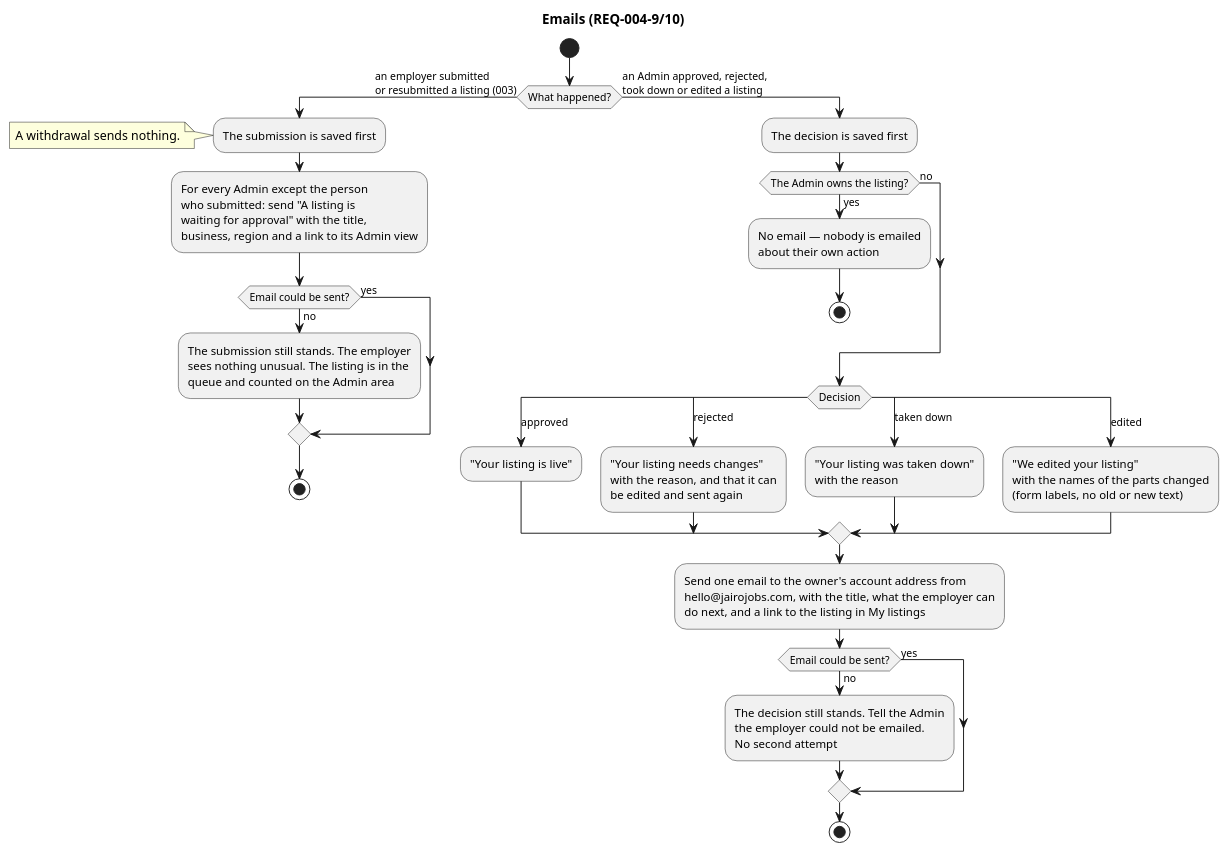
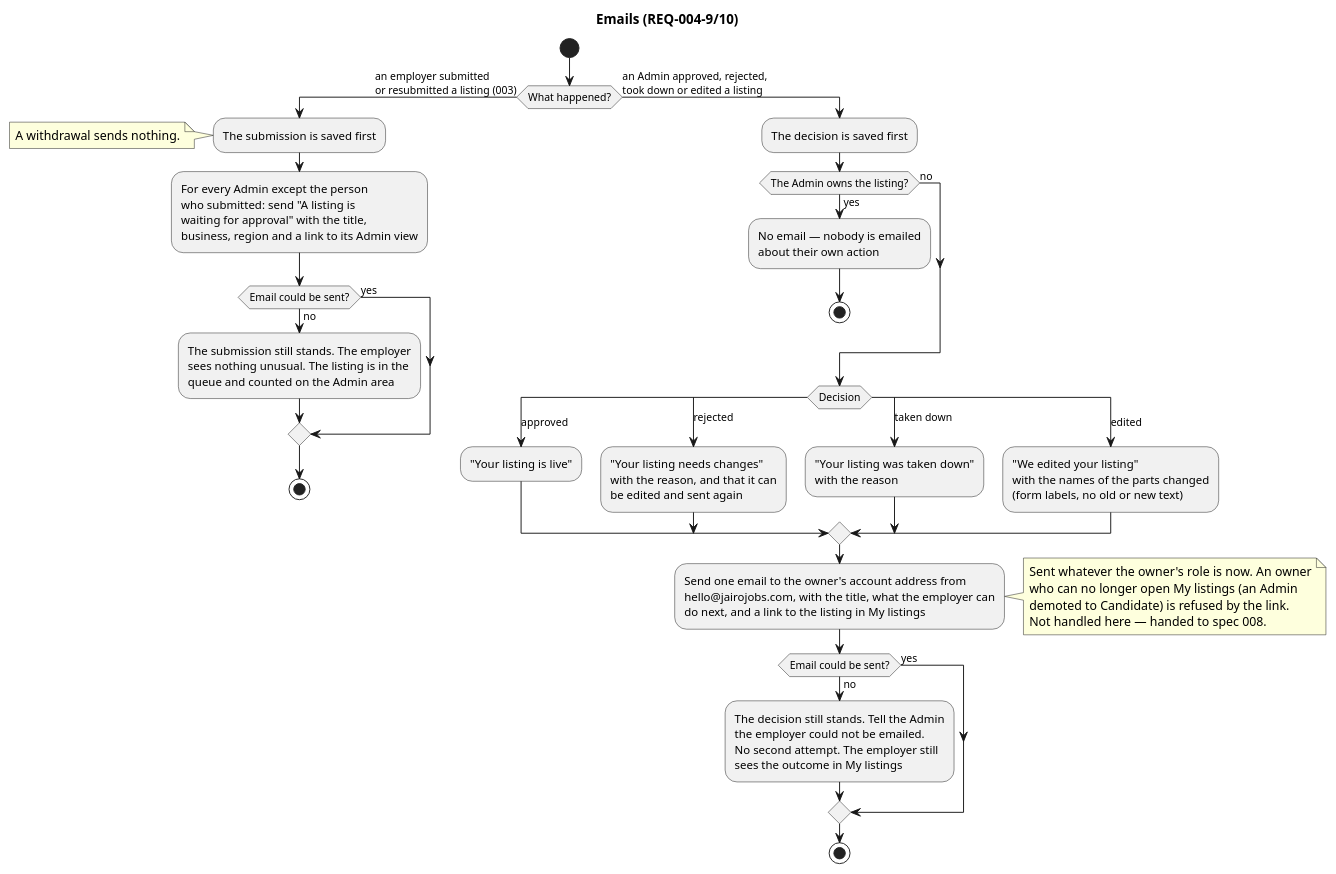
One commit to raseniero/jairojobs-elixir changed the diagram in docs/specs/004-listings-admin-moderation/diagrams/activity-emails.puml. Above: the diagram before and after it, drawn with PlantUML. The commit also changed 6 other files, not shown here.

Commit message:
docs(spec 004): align three diagrams with the requirements after a full pass

```diff
--- a/docs/specs/004-listings-admin-moderation/diagrams/activity-emails.puml
+++ b/docs/specs/004-listings-admin-moderation/diagrams/activity-emails.puml
@@ -1,56 +1,63 @@
 @startuml activity-emails
 ' Spec 004 — emails to the employer and to Admins (REQ-004-9, -10)
 title Emails (REQ-004-9/10)
 
 start
 if (What happened?) then (an employer submitted\nor resubmitted a listing (003))
   :The submission is saved first;
   note left
     A withdrawal sends nothing.
   end note
   :For every Admin except the person
   who submitted: send "A listing is
   waiting for approval" with the title,
   business, region and a link to its Admin view;
   if (Email could be sent?) then (no)
     :The submission still stands. The employer
     sees nothing unusual. The listing is in the
     queue and counted on the Admin area;
   else (yes)
   endif
   stop
 else (an Admin approved, rejected,\ntook down or edited a listing)
   :The decision is saved first;
   if (The Admin owns the listing?) then (yes)
     :No email — nobody is emailed
     about their own action;
     stop
   else (no)
   endif
   switch (Decision)
   case (approved)
     :"Your listing is live";
   case (rejected)
     :"Your listing needs changes"
     with the reason, and that it can
     be edited and sent again;
   case (taken down)
     :"Your listing was taken down"
     with the reason;
   case (edited)
     :"We edited your listing"
     with the names of the parts changed
     (form labels, no old or new text);
   endswitch
   :Send one email to the owner's account address from
   hello@jairojobs.com, with the title, what the employer can
   do next, and a link to the listing in My listings;
+  note right
+    Sent whatever the owner's role is now. An owner
+    who can no longer open My listings (an Admin
+    demoted to Candidate) is refused by the link.
+    Not handled here — handed to spec 008.
+  end note
   if (Email could be sent?) then (no)
     :The decision still stands. Tell the Admin
     the employer could not be emailed.
-    No second attempt;
+    No second attempt. The employer still
+    sees the outcome in My listings;
   else (yes)
   endif
   stop
 endif
 @enduml
```
